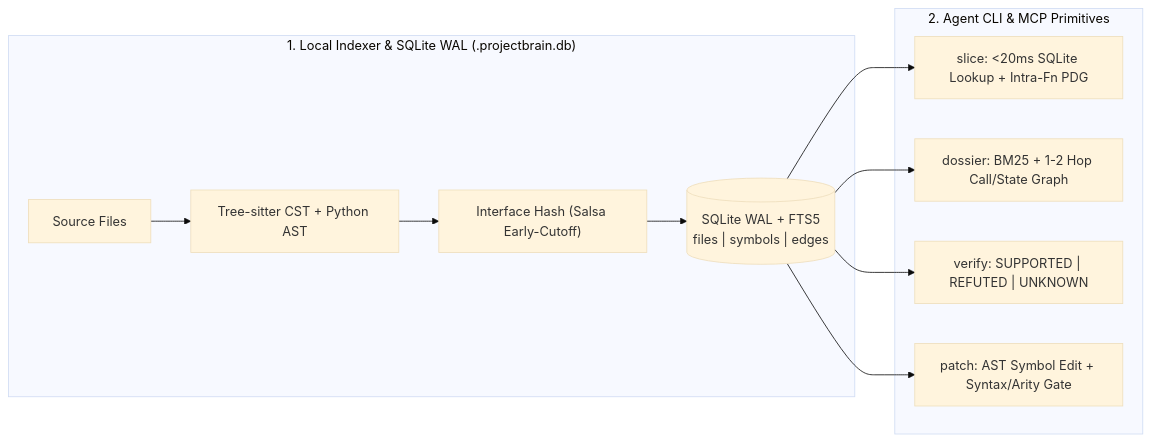
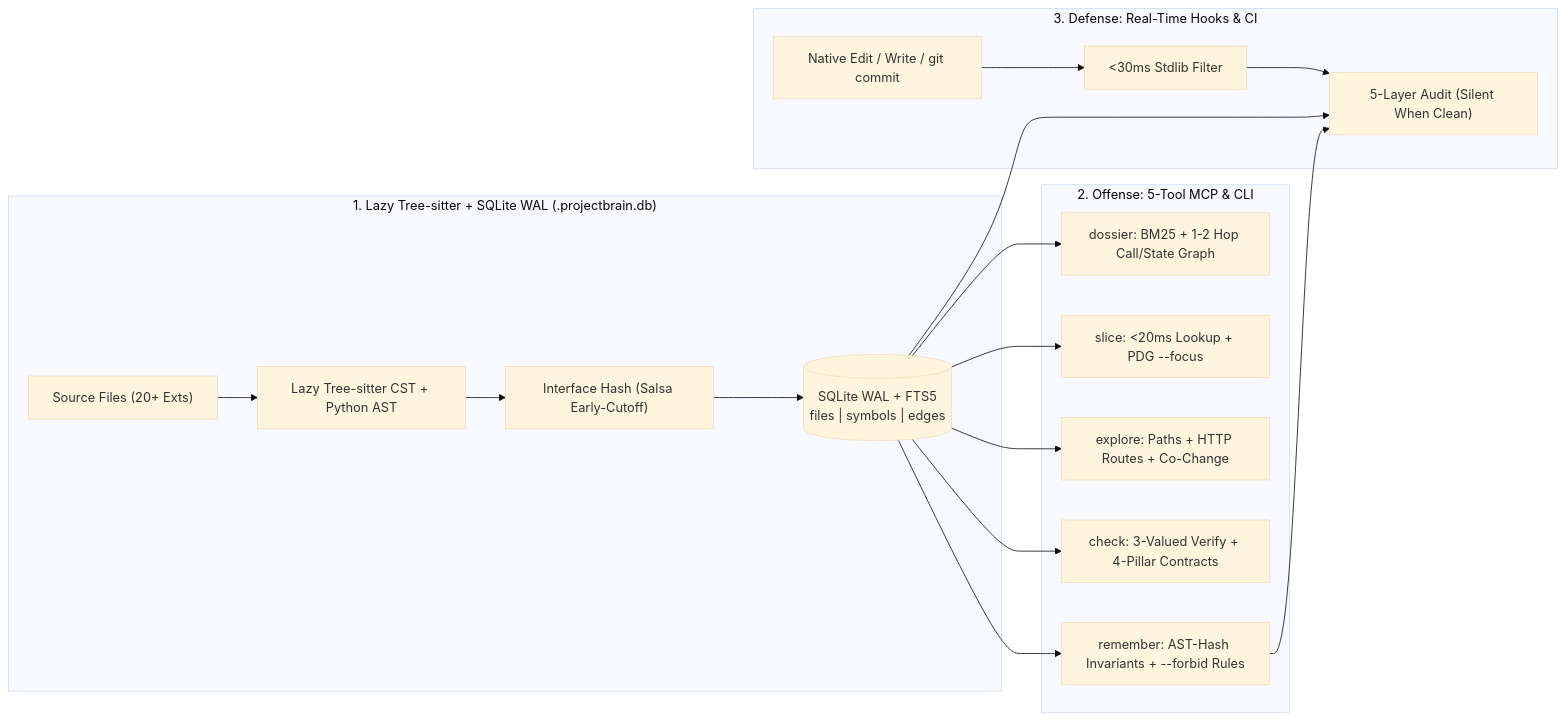
The diagram in README.md (Johanabhishek/ProjectBrain), drawn with Mermaid (base theme) before and after one commit. The commit also changed other lines of this file and 24 other files, not shown here.

Commit message:
Release v1.0.0: SQLite Salsa incremental engine, real-time Claude/Cursor/pre-commit guardrail hooks, boundary rules, and lean MCP surface

````diff
--- a/README.md
+++ b/README.md
@@ -82,14 +127,21 @@
 ```mermaid
 flowchart LR
-    subgraph Indexer["1. Local Indexer & SQLite WAL (.projectbrain.db)"]
-        A["Source Files"] --> B["Tree-sitter CST + Python AST"]
+    subgraph Indexer["1. Lazy Tree-sitter + SQLite WAL (.projectbrain.db)"]
+        A["Source Files (20+ Exts)"] --> B["Lazy Tree-sitter CST + Python AST"]
         B --> C["Interface Hash (Salsa Early-Cutoff)"]
         C --> D[("SQLite WAL + FTS5\nfiles | symbols | edges")]
     end
-    subgraph Primitives["2. Agent CLI & MCP Primitives"]
-        D --> S["slice: <20ms SQLite Lookup + Intra-Fn PDG"]
+    subgraph Offense["2. Offense: 5-Tool MCP & CLI"]
         D --> DO["dossier: BM25 + 1-2 Hop Call/State Graph"]
-        D --> V["verify: SUPPORTED | REFUTED | UNKNOWN"]
-        D --> P["patch: AST Symbol Edit + Syntax/Arity Gate"]
+        D --> S["slice: <20ms Lookup + PDG --focus"]
+        D --> EX["explore: Paths + HTTP Routes + Co-Change"]
+        D --> CH["check: 3-Valued Verify + 4-Pillar Contracts"]
+        D --> RM["remember: AST-Hash Invariants + --forbid Rules"]
+    end
+    subgraph Defense["3. Defense: Real-Time Hooks & CI"]
+        E["Native Edit / Write / git commit"] --> F["<30ms Stdlib Filter"]
+        F --> G["5-Layer Audit (Silent When Clean)"]
+        D --> G
+        RM --> G
     end
 ```
````
